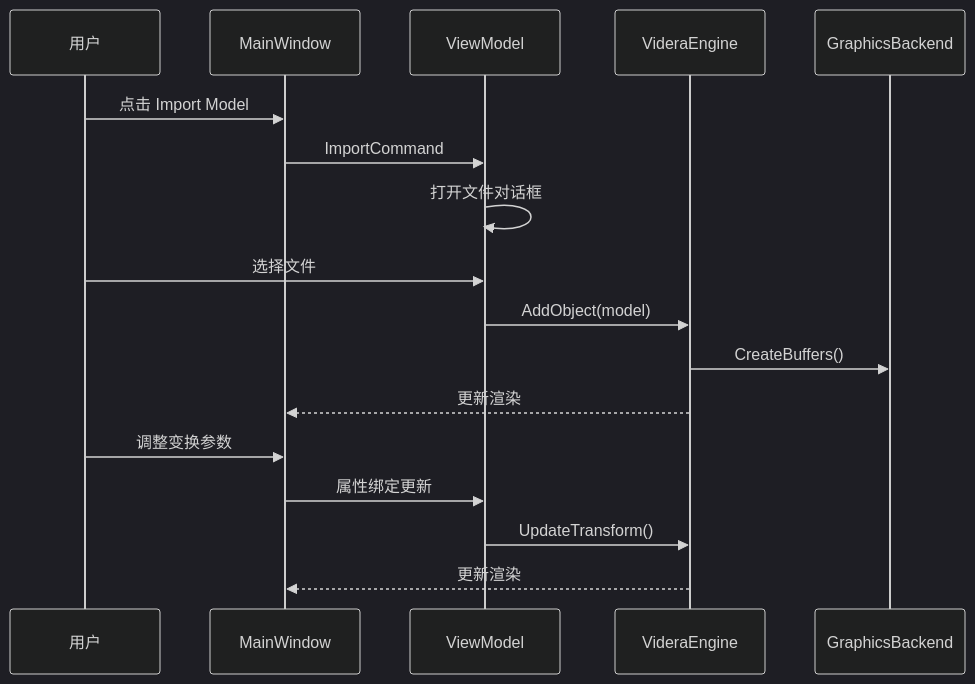
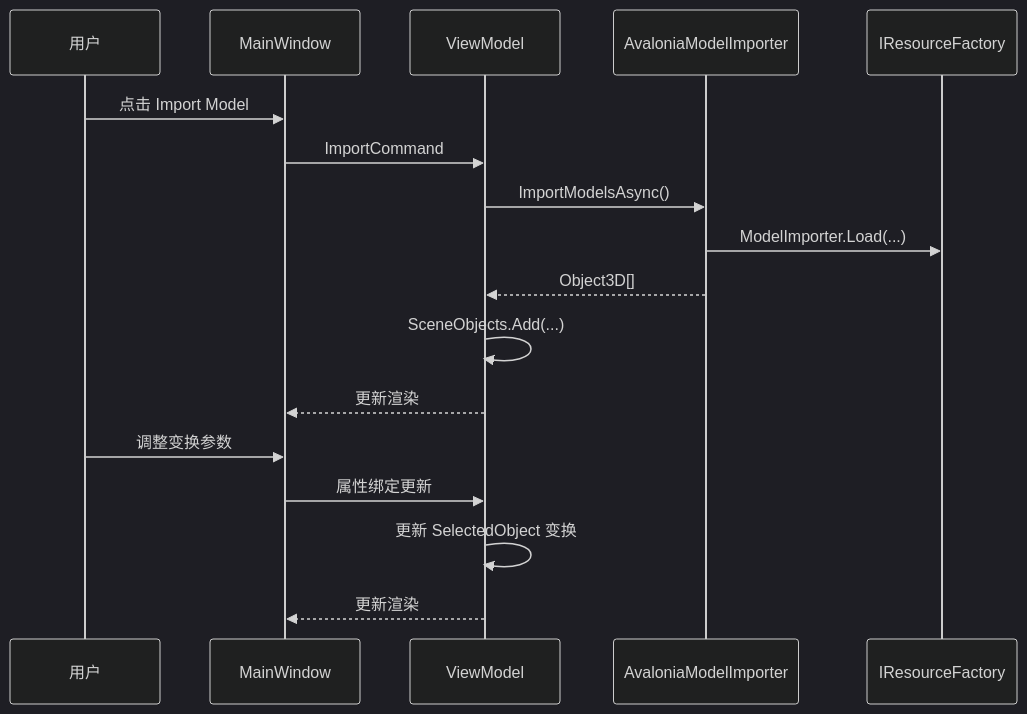
The third of 4 diagrams in samples/Videra.Demo/README.md (ExplodingUFO/Videra), drawn with Mermaid (dark theme) before and after one commit. The commit also changed other lines of this file and 10 other files, not shown here.

````diff
--- a/samples/Videra.Demo/README.md
+++ b/samples/Videra.Demo/README.md
@@ -57,21 +57,21 @@
 ```mermaid
 sequenceDiagram
     participant User as 用户
     participant View as MainWindow
     participant VM as ViewModel
-    participant Engine as VideraEngine
-    participant Backend as GraphicsBackend
+    participant Importer as AvaloniaModelImporter
+    participant Factory as IResourceFactory
 
     User->>View: 点击 Import Model
     View->>VM: ImportCommand
-    VM->>VM: 打开文件对话框
-    User->>VM: 选择文件
-    VM->>Engine: AddObject(model)
-    Engine->>Backend: CreateBuffers()
-    Engine-->>View: 更新渲染
+    VM->>Importer: ImportModelsAsync()
+    Importer->>Factory: ModelImporter.Load(...)
+    Importer-->>VM: Object3D[]
+    VM->>VM: SceneObjects.Add(...)
+    VM-->>View: 更新渲染
 
     User->>View: 调整变换参数
     View->>VM: 属性绑定更新
-    VM->>Engine: UpdateTransform()
-    Engine-->>View: 更新渲染
+    VM->>VM: 更新 SelectedObject 变换
+    VM-->>View: 更新渲染
 ```
````
